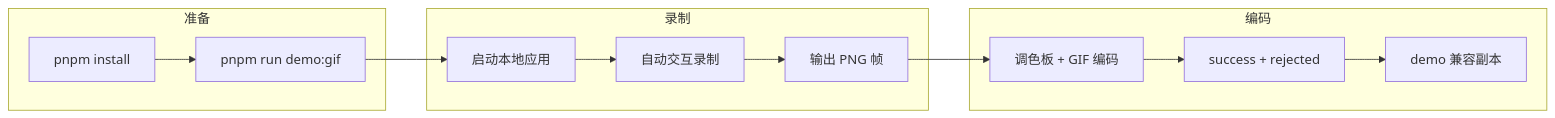
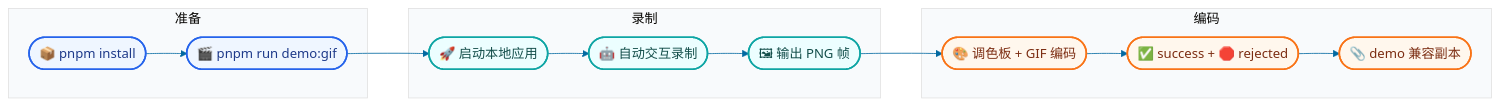
The sixth of 8 diagrams in README.md (sunshineluyao/Moss-Mcp-Transaction), drawn with Mermaid before and after one commit. The commit also changed other lines of this file, not shown here.

Commit message:
docs: apply cohesive visual theme to all mermaid diagrams

````diff
--- a/README.md
+++ b/README.md
@@ -414,20 +531,29 @@
 ```mermaid
+%%{init: {'theme':'base','themeVariables': {'fontFamily':'Trebuchet MS, Segoe UI, sans-serif','primaryColor':'#ecfeff','primaryBorderColor':'#0284c7','primaryTextColor':'#0f172a','lineColor':'#0369a1','secondaryColor':'#eff6ff','tertiaryColor':'#f8fafc'}}}%%
 flowchart LR
   subgraph P1[准备]
-    A[pnpm install] --> B[pnpm run demo:gif]
+    A([📦 pnpm install]) --> B([🎬 pnpm run demo:gif])
   end
 
   subgraph P2[录制]
-    C[启动本地应用] --> D[自动交互录制]
-    D --> E[输出 PNG 帧]
+    C([🚀 启动本地应用]) --> D([🤖 自动交互录制])
+    D --> E([🖼 输出 PNG 帧])
   end
 
   subgraph P3[编码]
-    F[调色板 + GIF 编码]
-    G[success + rejected]
-    H[demo 兼容副本]
+    F([🎨 调色板 + GIF 编码])
+    G([✅ success + 🛑 rejected])
+    H([📎 demo 兼容副本])
   end
 
   B --> C
   E --> F --> G --> H
+
+  classDef prep fill:#eff6ff,stroke:#2563eb,stroke-width:2px,color:#1e3a8a;
+  classDef capture fill:#ecfeff,stroke:#0ea5a4,stroke-width:2px,color:#134e4a;
+  classDef encode fill:#fff7ed,stroke:#f97316,stroke-width:2px,color:#7c2d12;
+
+  class A,B prep;
+  class C,D,E capture;
+  class F,G,H encode;
 ```
````
